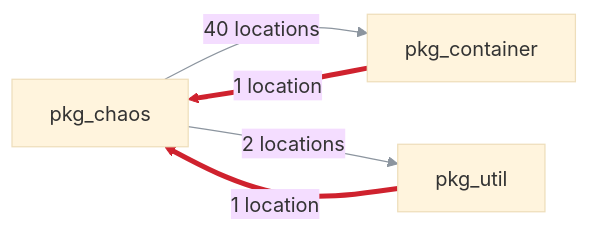
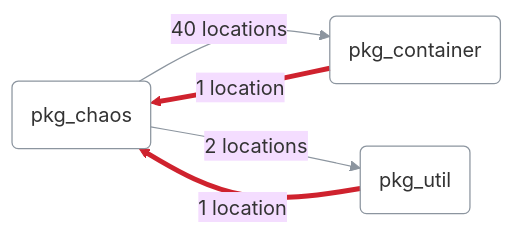
Before and after one commit to coupling-dev/archfit-app: the diagram in internal/gate/feedback/testdata/golden/pilot-pr-cycle.comment.md, drawn with Mermaid (base theme). The commit also changed other lines of this file and 63 other files, not shown here.

````diff
--- a/internal/gate/feedback/testdata/golden/pilot-pr-cycle.comment.md
+++ b/internal/gate/feedback/testdata/golden/pilot-pr-cycle.comment.md
@@ -20,14 +7,16 @@
 ```mermaid
 flowchart LR
-  m0["pkg_chaos"]
-  m1["pkg_container"]
-  m2["pkg_util"]
+  m0("pkg_chaos")
+  m1("pkg_container")
+  m2("pkg_util")
   m0 -->|"40 locations"| m1
   m0 -->|"2 locations"| m2
   m1 -->|"1 location"| m0
   m2 -->|"1 location"| m0
   linkStyle 0 stroke:#8c959f,stroke-width:1px
   linkStyle 1 stroke:#8c959f,stroke-width:1px
   linkStyle 2 stroke:#cf222e,stroke-width:4px
   linkStyle 3 stroke:#cf222e,stroke-width:4px
+  classDef module fill:transparent,stroke:#8c959f,stroke-width:1px
+  class m0,m1,m2 module
 ```
````
